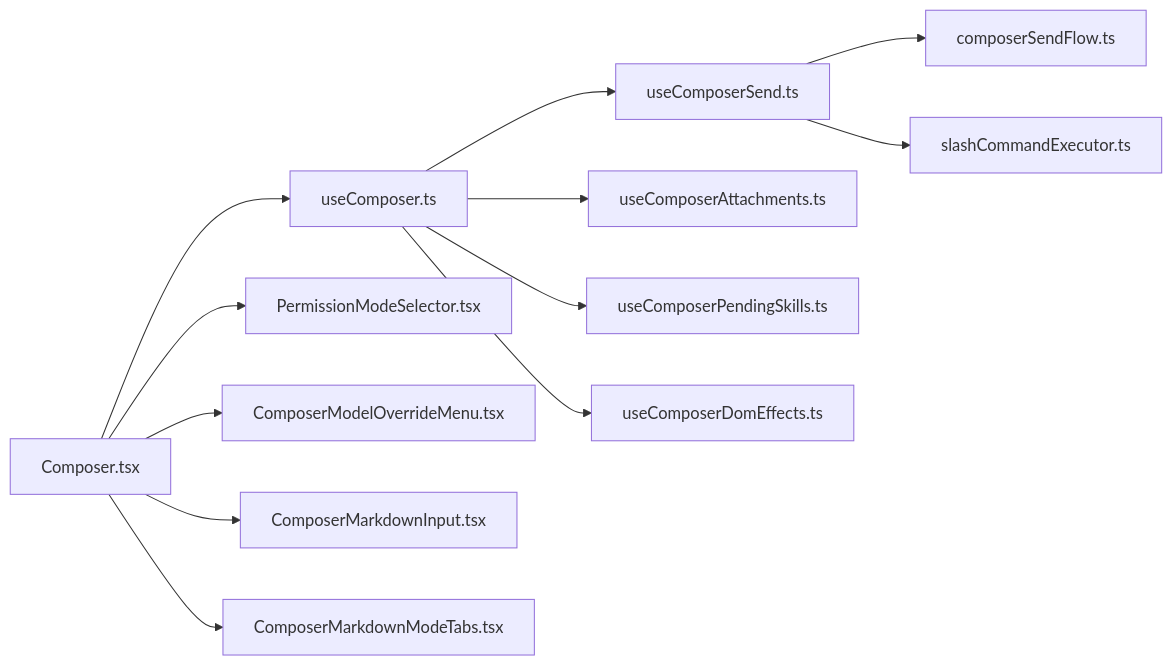
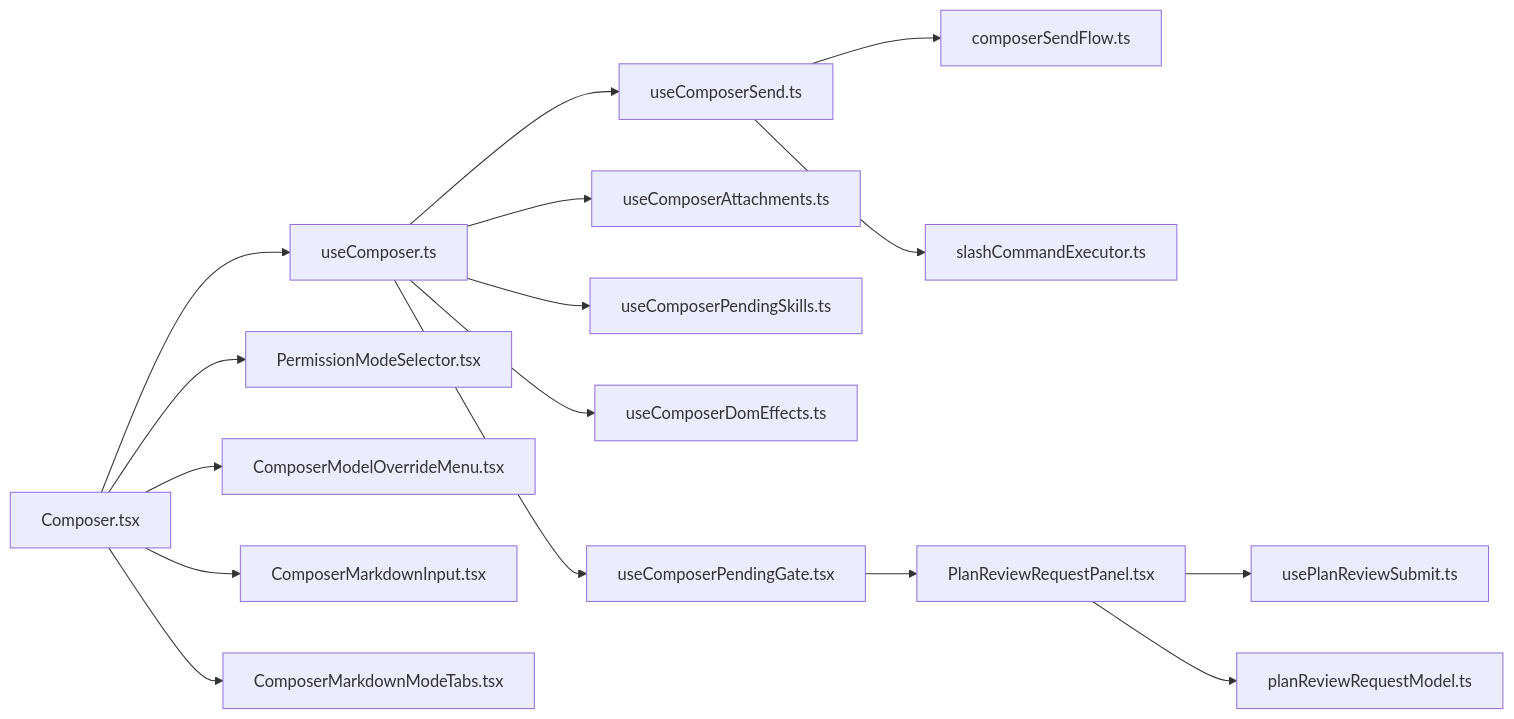
Before and after one commit to haolange/RDC-Agent: the fourth of 4 diagrams in .qoder/repowiki/zh/content/用户界面/对话编辑器/对话编辑器.md, drawn with Mermaid. The commit also changed other lines of this file and 208 other files, not shown here.

````diff
--- a/.qoder/repowiki/zh/content/用户界面/对话编辑器/对话编辑器.md
+++ b/.qoder/repowiki/zh/content/用户界面/对话编辑器/对话编辑器.md
@@ -272,14 +330,18 @@
 ```mermaid
 graph LR
 Composer["Composer.tsx"] --> UC["useComposer.ts"]
 UC --> US["useComposerSend.ts"]
 UC --> UA["useComposerAttachments.ts"]
 UC --> UPS["useComposerPendingSkills.ts"]
 US --> CSF["composerSendFlow.ts"]
 US --> SCE["slashCommandExecutor.ts"]
 Composer --> PM["PermissionModeSelector.tsx"]
 Composer --> MMO["ComposerModelOverrideMenu.tsx"]
 Composer --> MI["ComposerMarkdownInput.tsx"]
 Composer --> MMT["ComposerMarkdownModeTabs.tsx"]
 UC --> UDE["useComposerDomEffects.ts"]
+UC --> UPG["useComposerPendingGate.tsx"]
+UPG --> PRP["PlanReviewRequestPanel.tsx"]
+PRP --> UPRS["usePlanReviewSubmit.ts"]
+PRP --> PRM["planReviewRequestModel.ts"]
 ```
````
